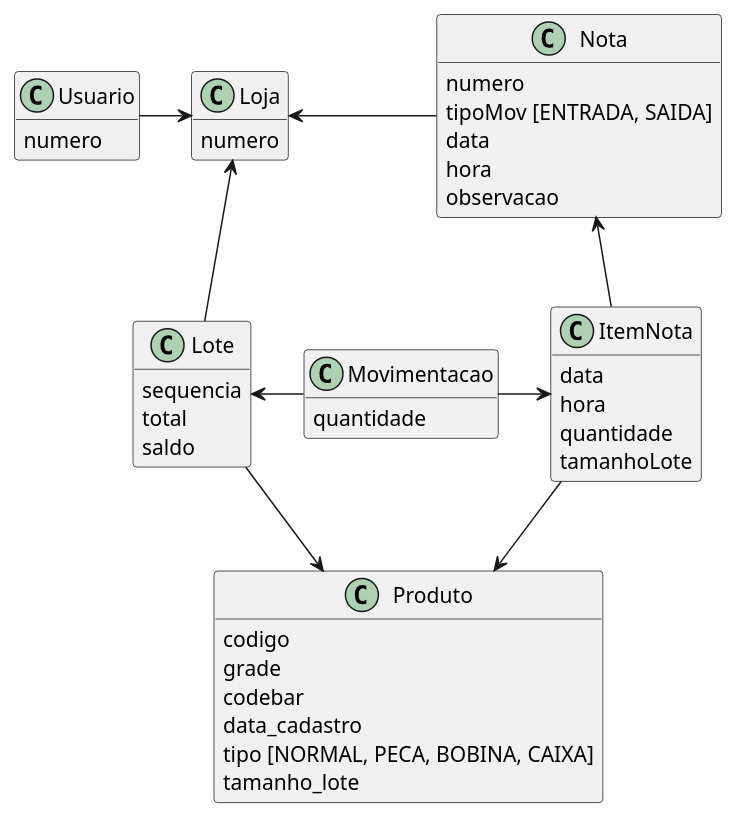
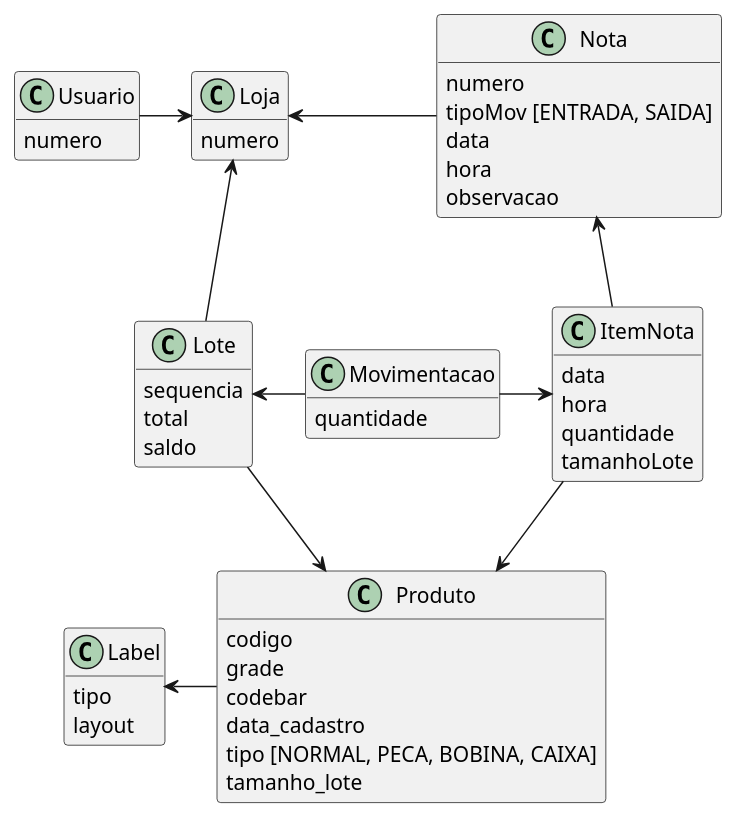
The diagram in diagramas/modelo2.puml (ivaneyvieira/engEstoque-Archive), drawn with PlantUML before and after one commit.

```diff
--- a/diagramas/modelo2.puml
+++ b/diagramas/modelo2.puml
@@ -1,55 +1,61 @@
 @startuml modelo
 hide methods
 
 class Produto{
 	codigo
 	grade
 	codebar
 	data_cadastro
 	tipo [NORMAL, PECA, BOBINA, CAIXA]
 	tamanho_lote
 }
 
 class ItemNota{
 	data
 	hora
 	quantidade
 	tamanhoLote
 }
 
 class Nota {
 	numero
 	tipoMov [ENTRADA, SAIDA]
 	data
 	hora
 	observacao
 }
 
 class Lote {
 	sequencia
 	total
 	saldo
 }
 
 class Movimentacao {
 	quantidade
 }
 
 class Loja {
 	numero
 }
 
 class Usuario {
 	numero
 }
 
+class Label {
+	tipo
+	layout
+}
+
 
 ItemNota	-u->	Nota
 ItemNota	-->	Produto
 Lote		-->	Produto
 Lote		-u->	Loja
 Movimentacao	-l->	Lote
 Movimentacao	-r->	ItemNota
 Nota		-l->	Loja
 Usuario		-r->	Loja
+Produto		-l->	Label
 @enduml
```
